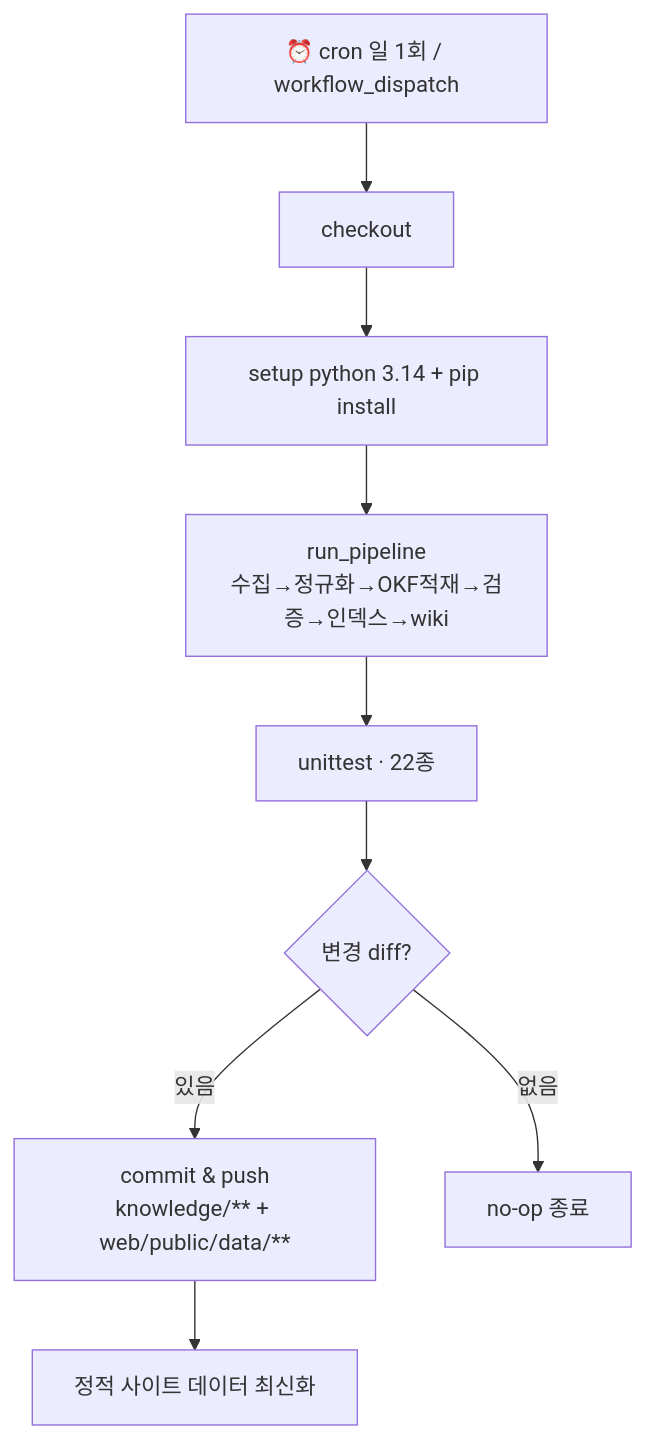
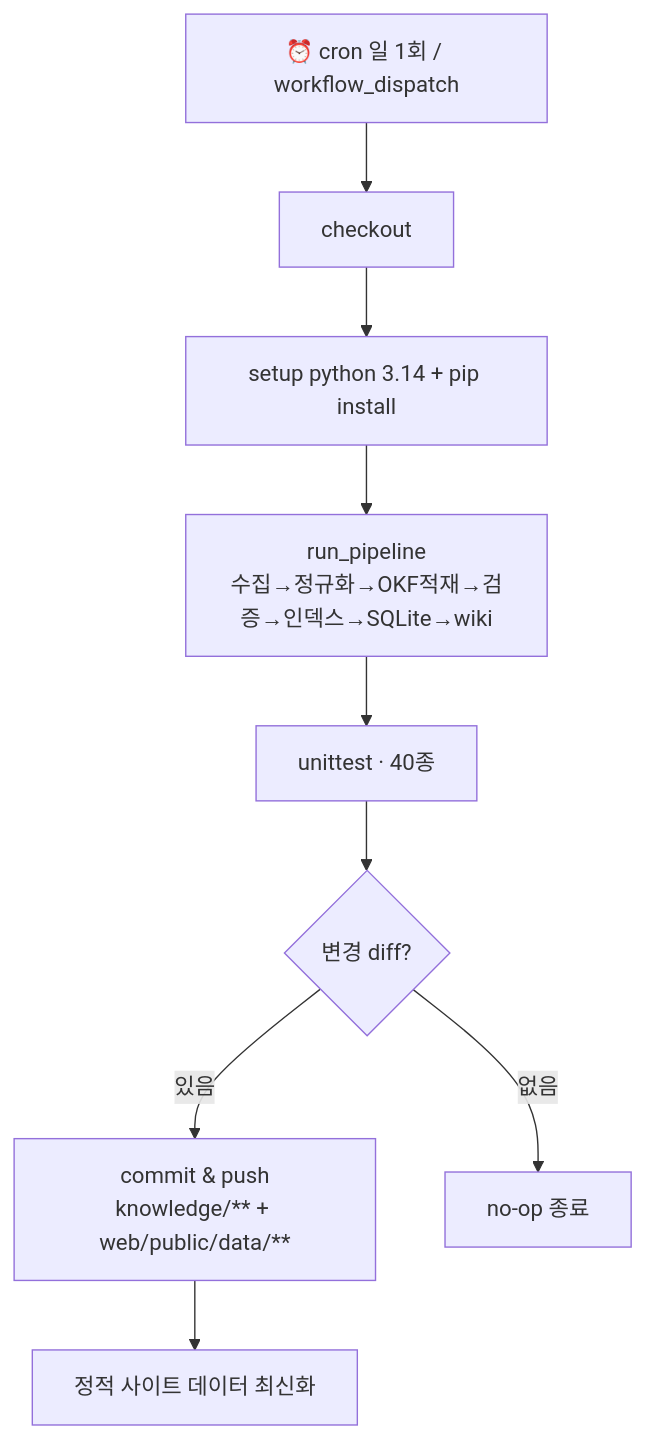
The second of 3 diagrams in README.md (jellyggumi/happy-our-planning), drawn with Mermaid before and after one commit. The commit also changed other lines of this file and 35 other files, not shown here.

Commit message:
feat: 2026 개선 — 웹검색 발견(Exa/Brave/Tavily)·SQLite(FTS5) 인덱스·Google AI Studio(Gemini) 플래너 + llm-wiki 유지

````diff
--- a/README.md
+++ b/README.md
@@ -68,11 +73,11 @@
 ```mermaid
 flowchart TD
   A["⏰ cron 일 1회 / workflow_dispatch"] --> B[checkout]
   B --> C[setup python 3.14 + pip install]
-  C --> D["run_pipeline<br/>수집→정규화→OKF적재→검증→인덱스→wiki"]
-  D --> E["unittest · 22종"]
+  C --> D["run_pipeline<br/>수집→정규화→OKF적재→검증→인덱스→SQLite→wiki"]
+  D --> E["unittest · 40종"]
   E --> F{변경 diff?}
   F -- 있음 --> G["commit & push<br/>knowledge/** + web/public/data/**"]
   F -- 없음 --> H[no-op 종료]
   G --> I[정적 사이트 데이터 최신화]
 ```
````
